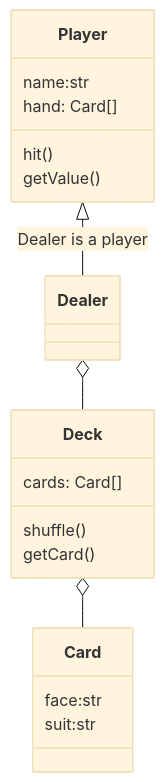
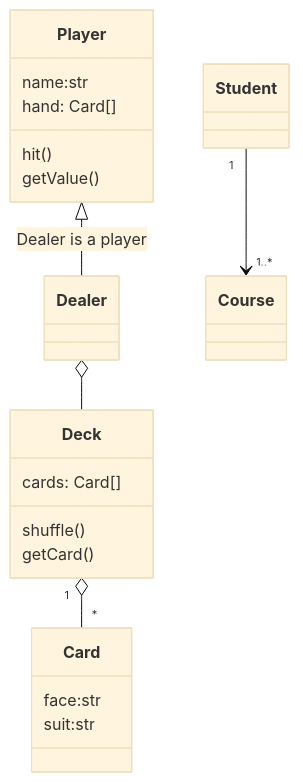
One commit to jwang1122/python changed the first of 11 diagrams in aDoc/mermaid.md. Above: the diagram before and after it, drawn with Mermaid (base theme). The commit also changed other lines of this file and 7 other files, not shown here.

Commit message:
add more sample on mermaid.md

````diff
--- a/aDoc/mermaid.md
+++ b/aDoc/mermaid.md
@@ -50,21 +59,22 @@
 ```mermaid
 classDiagram
-class Card{
+class Card:::rect {
     face:str
     suit:str
 }
 class Deck{
     cards: Card[]
     shuffle()
     getCard()
 }
 class Player{
     name:str
     hand: Card[]
     hit()
     getValue()
 }
 Player <|-- Dealer:Dealer is a player
-Deck o-- Card
+Deck "1" o-- "*" Card
 Dealer o-- Deck
+Student "1" --> "1..*" Course
 ```
````
